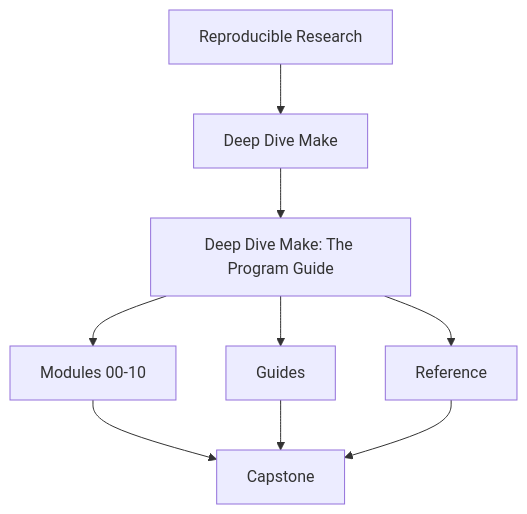
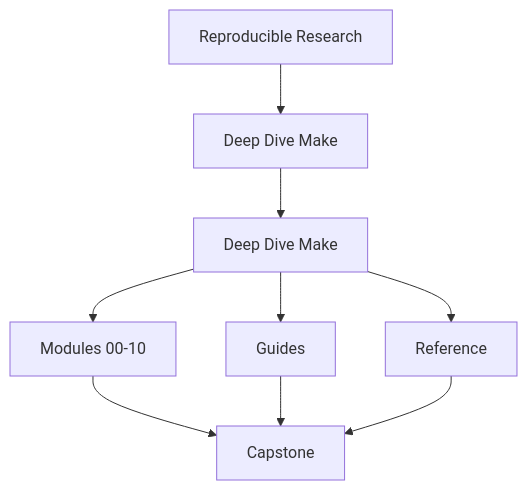
One commit to bijux/bijux-masterclass changed the first of 2 diagrams in programs/reproducible-research/deep-dive-make/course-book/index.md. Above: the diagram before and after it, drawn with Mermaid. The commit also changed other lines of this file and 3 other files, not shown here.

````diff
--- a/programs/reproducible-research/deep-dive-make/course-book/index.md
+++ b/programs/reproducible-research/deep-dive-make/course-book/index.md
@@ -7,11 +7,11 @@
 ```mermaid
 flowchart TD
   family["Reproducible Research"] --> program["Deep Dive Make"]
-  program --> home["Deep Dive Make: The Program Guide"]
+  program --> home["Deep Dive Make"]
   home --> modules["Modules 00-10"]
   home --> guides["Guides"]
   home --> reference["Reference"]
   modules --> capstone["Capstone"]
   guides --> capstone
   reference --> capstone
 ```
````
